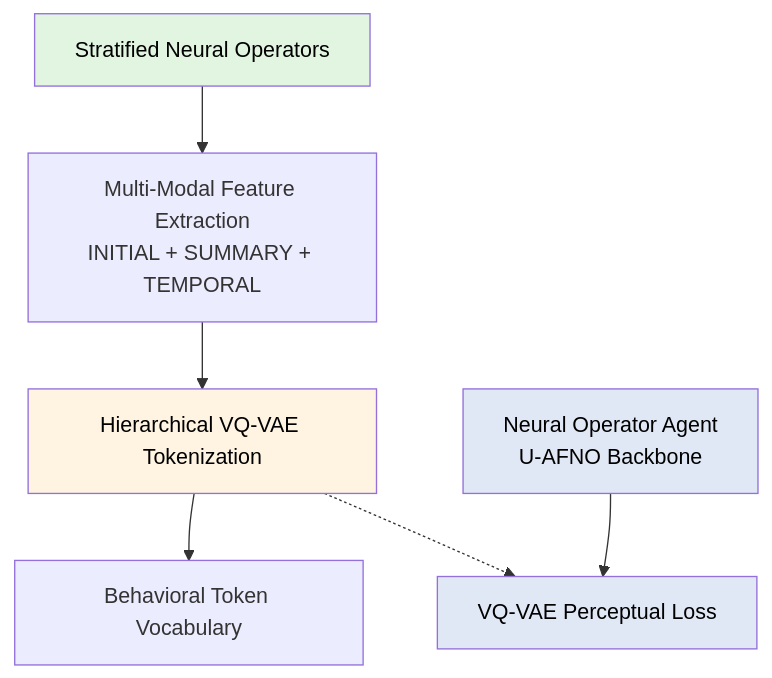
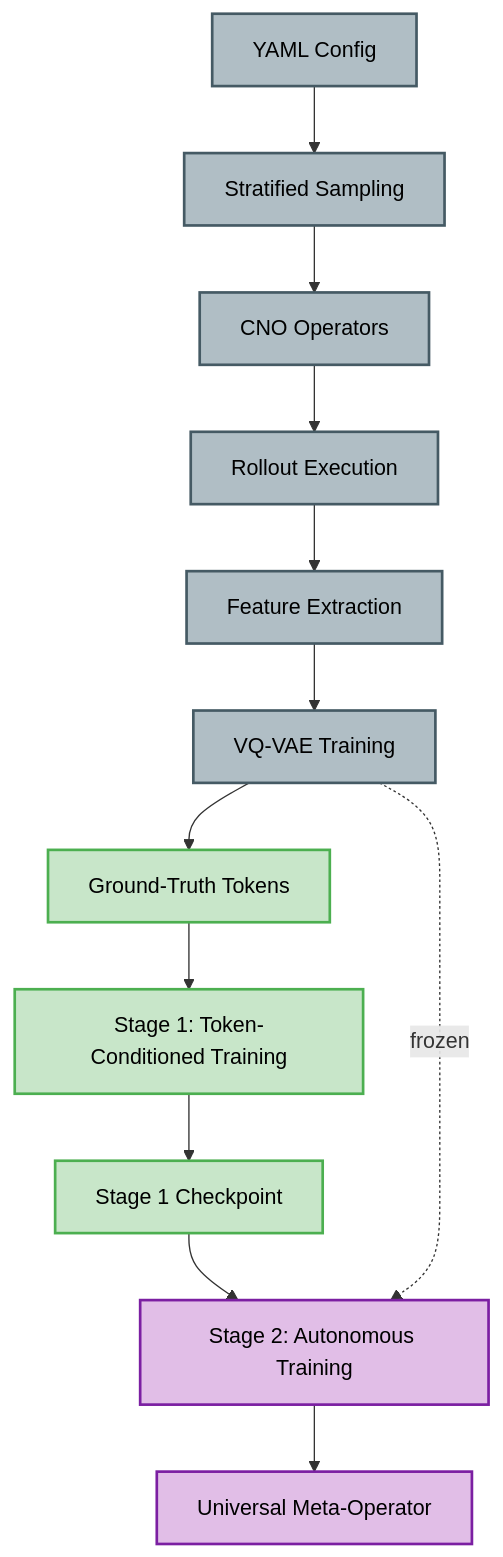
Before and after one commit to dgabriele/spinlock: the diagram in README.md, drawn with Mermaid. The commit also changed other lines of this file and 31 other files, not shown here.

First line of the commit message:
docs: complete Stage 2 investigation and identify architectural limitations

````diff
--- a/README.md
+++ b/README.md
@@ -227,20 +171,24 @@
 ```mermaid
-flowchart TD
-    NO[Stratified Neural Operators]
-    FE[Multi-Modal Feature Extraction<br/>INITIAL + SUMMARY + TEMPORAL]
-    VQVAE[Hierarchical VQ-VAE Tokenization]
-    Tokens[Behavioral Token Vocabulary]
-    NOA[Neural Operator Agent<br/>U-AFNO Backbone]
-    VQLoss[VQ-VAE Perceptual Loss]
+flowchart TB
+    Config[YAML Config] --> Sampling[Stratified Sampling]
+    Sampling --> CNOs[CNO Operators]
+    CNOs --> Rollouts[Rollout Execution]
+    Rollouts --> Extract[Feature Extraction]
+    Extract --> VQVAE[VQ-VAE Training]
 
-    NO --> FE
-    FE --> VQVAE
-    VQVAE --> Tokens
-    VQVAE -.-> VQLoss
-    NOA --> VQLoss
+    VQVAE --> GTTokens[Ground-Truth Tokens]
+    GTTokens --> Stage1[Stage 1: Token-Conditioned Training]
+    Stage1 --> Checkpoint[Stage 1 Checkpoint]
 
-    style NO fill:#e1f5e1,color:#000
-    style VQVAE fill:#fff4e1,color:#000
-    style NOA fill:#e1e8f5,color:#000
-    style VQLoss fill:#e1e8f5,color:#000
+    Checkpoint --> Stage2[Stage 2: Autonomous Training]
+    VQVAE -.->|frozen| Stage2
+    Stage2 --> Final[Universal Meta-Operator]
+
+    classDef phase1 fill:#b0bec5,stroke:#455a64,stroke-width:2px,color:#000
+    classDef phase2stage1 fill:#c8e6c9,stroke:#4caf50,stroke-width:2px,color:#000
+    classDef phase2stage2 fill:#e1bee7,stroke:#7b1fa2,stroke-width:2px,color:#000
+
+    class Config,Sampling,CNOs,Rollouts,Extract,VQVAE phase1
+    class GTTokens,Stage1,Checkpoint phase2stage1
+    class Stage2,Final phase2stage2
 ```
````
